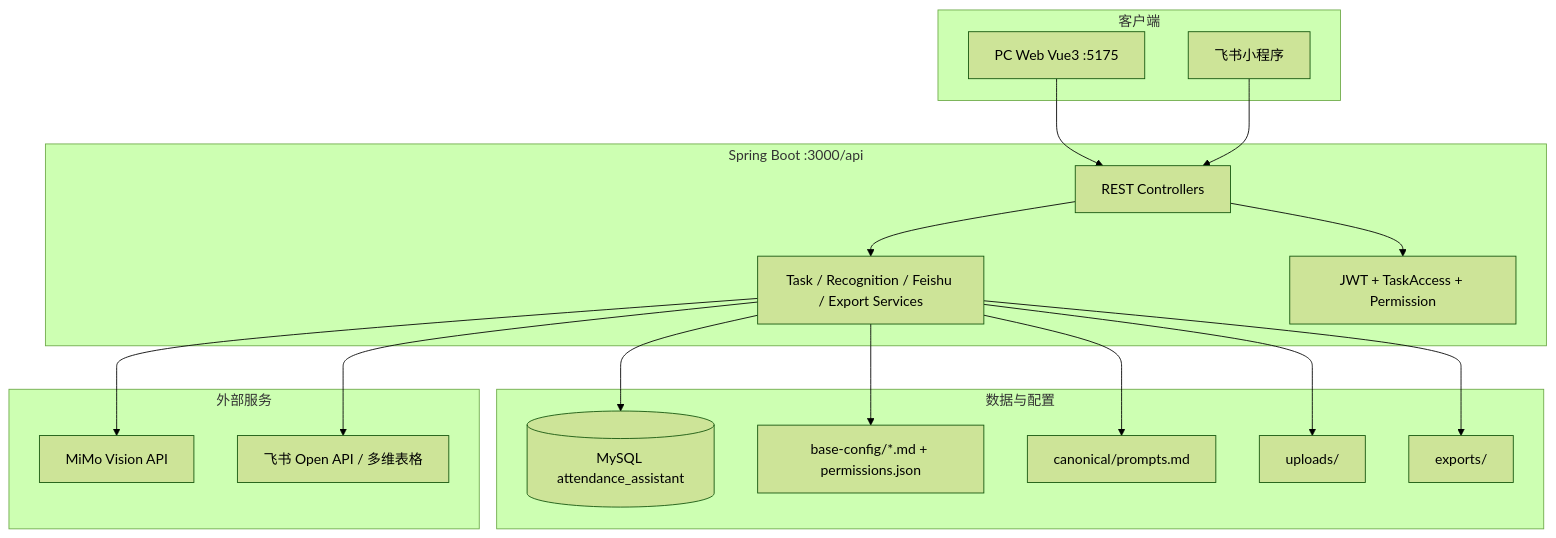
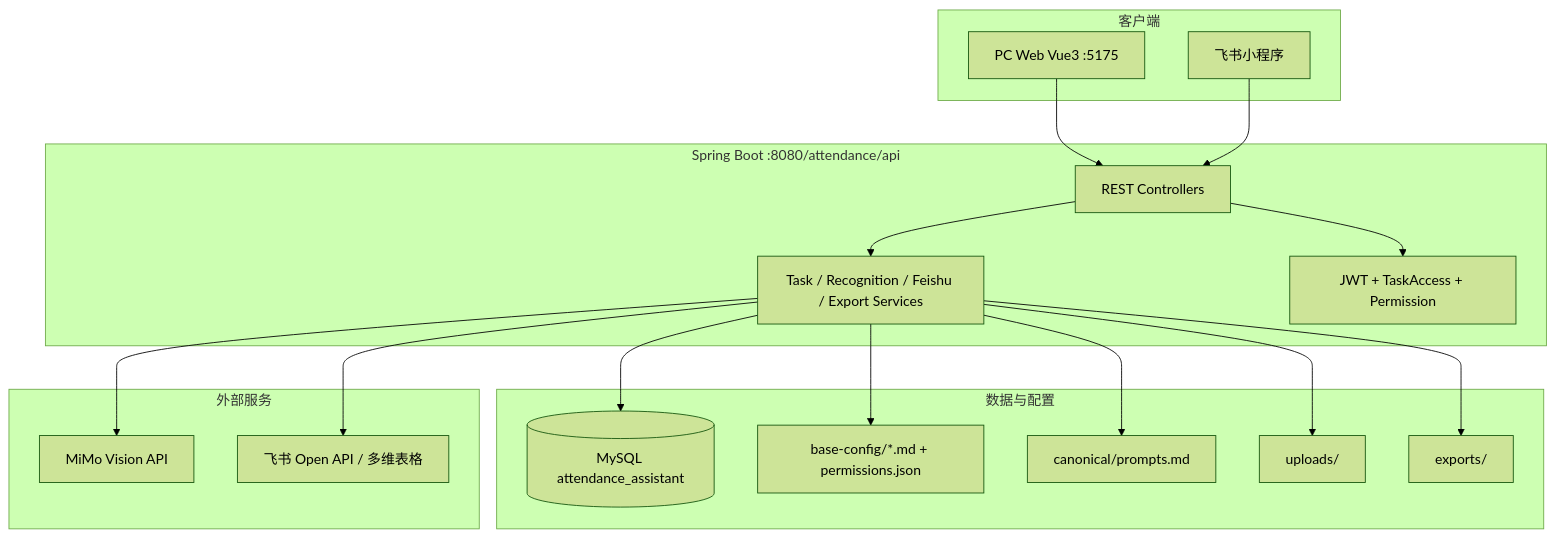
Before and after one commit to Ficklehan/AI_Attendance: the first of 2 diagrams in docs/architecture-and-config.md, drawn with Mermaid (forest theme). The commit also changed other lines of this file and 25 other files, not shown here.

First line of the commit message:
chore: move API to port 8080 with context-path /attendance/api

````diff
--- a/docs/architecture-and-config.md
+++ b/docs/architecture-and-config.md
@@ -7,38 +7,38 @@
 ```mermaid
 flowchart TB
   subgraph clients [客户端]
     PC[PC Web Vue3 :5175]
     MP[飞书小程序]
   end
 
-  subgraph backend [Spring Boot :3000/api]
+  subgraph backend [Spring Boot :8080/attendance/api]
     API[REST Controllers]
     SVC[Task / Recognition / Feishu / Export Services]
     SEC[JWT + TaskAccess + Permission]
     API --> SVC
     API --> SEC
   end
 
   subgraph data [数据与配置]
     MySQL[(MySQL attendance_assistant)]
     BC[base-config/*.md + permissions.json]
     CAN[canonical/prompts.md]
     UP[uploads/]
     EX[exports/]
   end
 
   subgraph external [外部服务]
     MIMO[MiMo Vision API]
     FS[飞书 Open API / 多维表格]
   end
 
   PC --> API
   MP --> API
   SVC --> MySQL
   SVC --> BC
   SVC --> CAN
   SVC --> UP
   SVC --> EX
   SVC --> MIMO
   SVC --> FS
 ```
````
